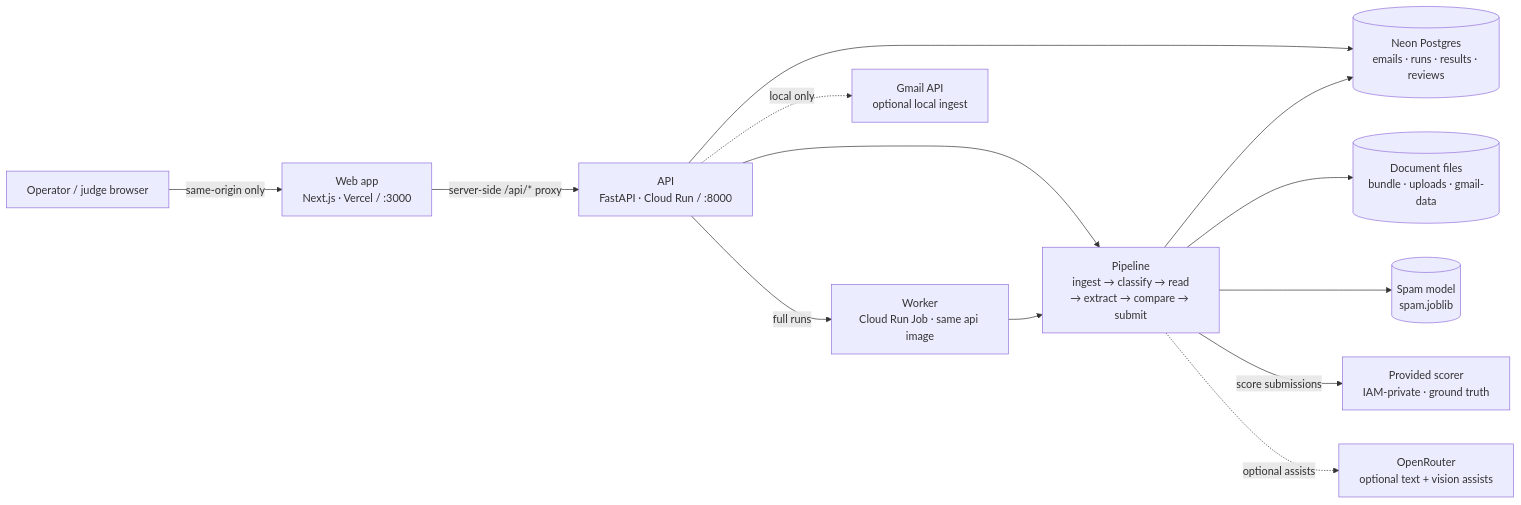
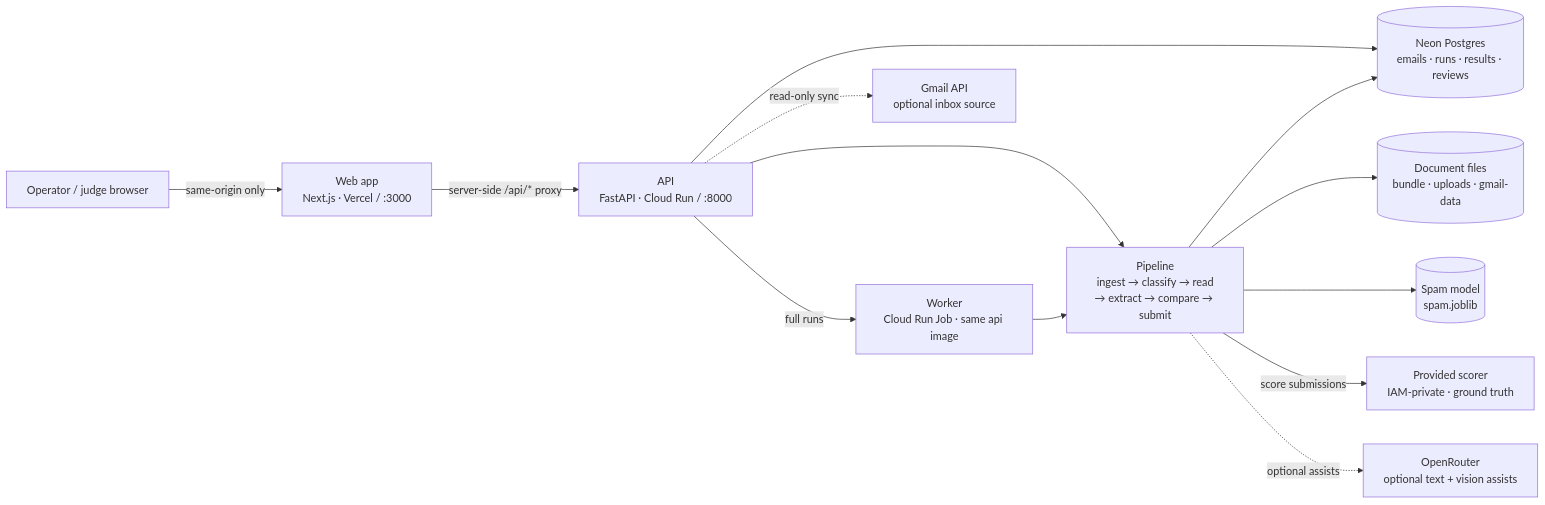
Before and after one commit to applejuice8/averis-hackathon: the first of 3 diagrams in README.md, drawn with Mermaid. The commit also changed other lines of this file and 1 other file, not shown here.

Commit message:
Refine Gmail integration details and update documentation for clarity

````diff
--- a/README.md
+++ b/README.md
@@ -75,29 +75,29 @@
 ```mermaid
 flowchart LR
     Browser["Operator / judge browser"]
     Web["Web app<br/>Next.js · Vercel / :3000"]
     API["API<br/>FastAPI · Cloud Run / :8000"]
     Worker["Worker<br/>Cloud Run Job · same api image"]
     Pipeline["Pipeline<br/>ingest → classify → read<br/>→ extract → compare → submit"]
 
     DB[(Neon Postgres<br/>emails · runs · results · reviews)]
     Files[("Document files<br/>bundle · uploads · gmail-data")]
     Model[("Spam model<br/>spam.joblib")]
     Scorer["Provided scorer<br/>IAM-private · ground truth"]
     OpenRouter["OpenRouter<br/>optional text + vision assists"]
-    Gmail["Gmail API<br/>optional local ingest"]
+    Gmail["Gmail API<br/>optional inbox source"]
 
     Browser -->|same-origin only| Web
     Web -->|server-side /api/* proxy| API
     API --> Pipeline
     API -->|full runs| Worker
     Worker --> Pipeline
 
     API --> DB
     Pipeline --> DB
     Pipeline --> Files
     Pipeline --> Model
     Pipeline -->|score submissions| Scorer
     Pipeline -.->|optional assists| OpenRouter
-    API -.->|local only| Gmail
+    API -.->|read-only sync| Gmail
 ```
````
